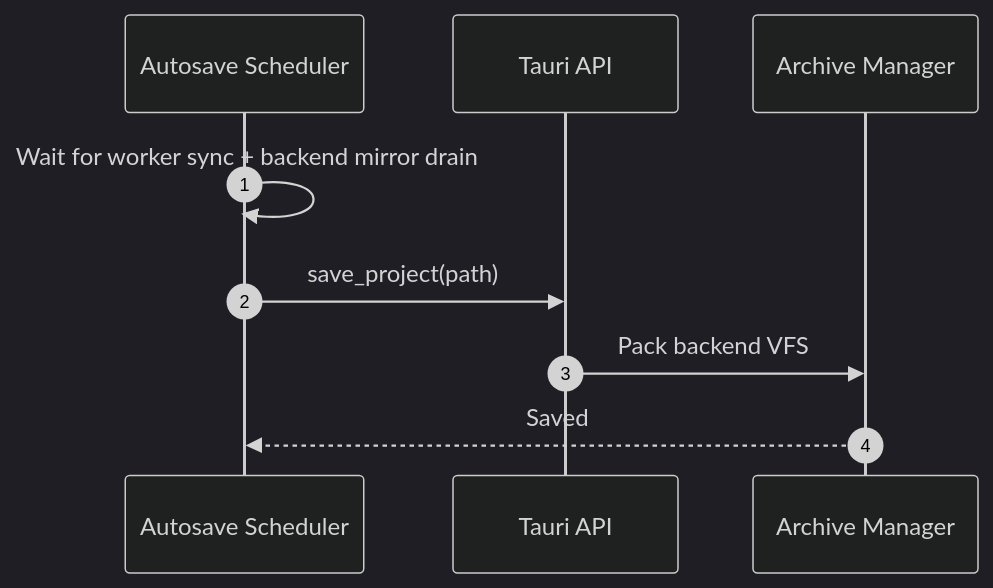
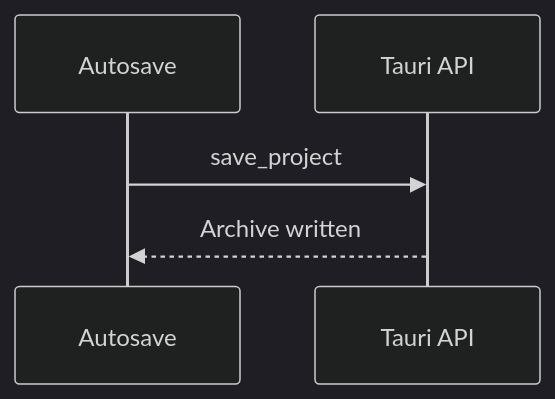
Before and after one commit to andmoreduro/ergo: the fourth of 10 diagrams in context/sequence-diagrams.md, drawn with Mermaid (dark theme). The commit also changed other lines of this file and 372 other files, not shown here.

````diff
--- a/context/sequence-diagrams.md
+++ b/context/sequence-diagrams.md
@@ -100,13 +76,7 @@
 ```mermaid
 sequenceDiagram
-    autonumber
-
-    participant Autosave as Autosave Scheduler
+    participant Autosave as Autosave
     participant API as Tauri API
-    participant Archive as Archive Manager
-
-    Autosave->>Autosave: Wait for worker sync + backend mirror drain
-    Autosave->>API: save_project(path)
-    API->>Archive: Pack backend VFS
-    Archive-->>Autosave: Saved
+    Autosave->>API: save_project
+    API-->>Autosave: Archive written
 ```
````
